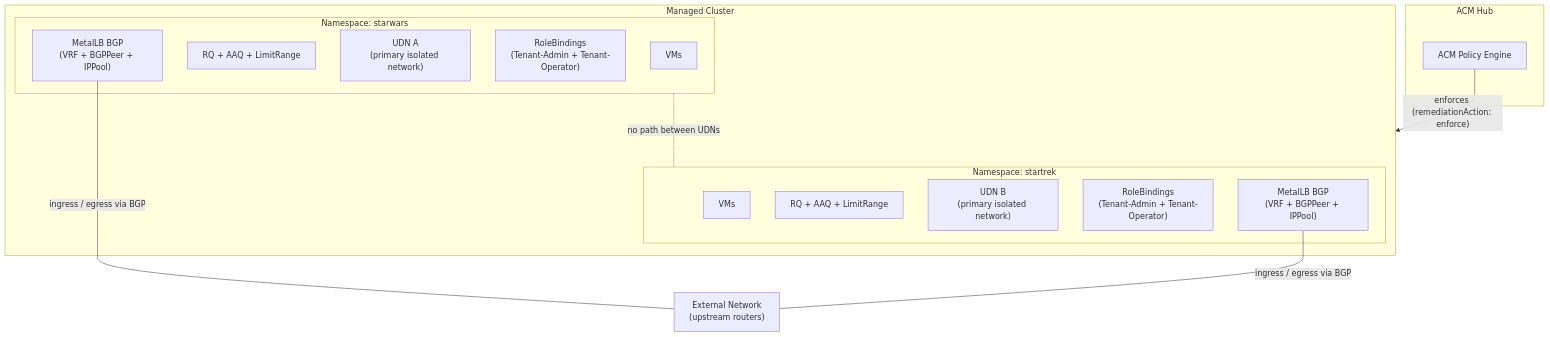
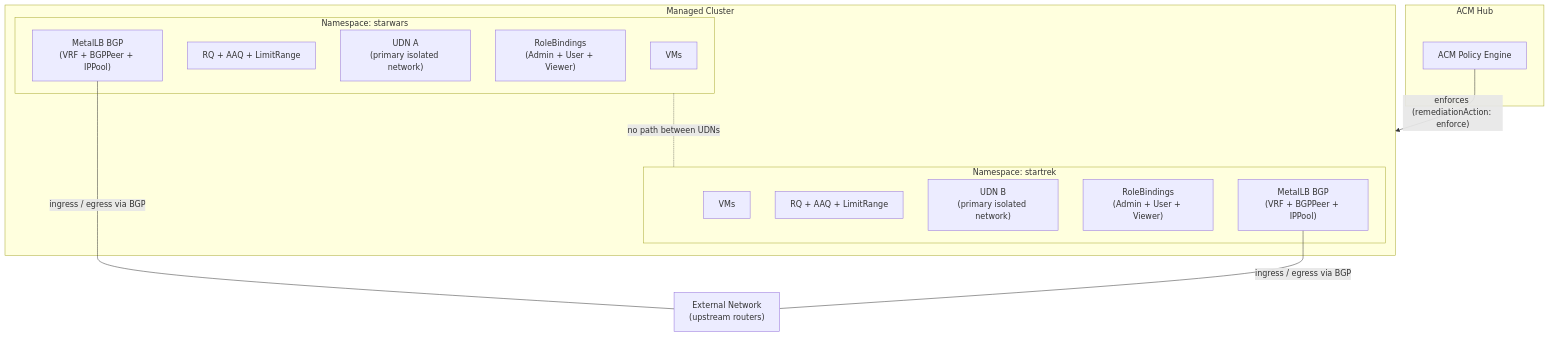
One commit to ngner/tenancy-by-acm-policy changed the first of 3 diagrams in docs/tenancy-model.md. Above: the diagram before and after it, drawn with Mermaid. The commit also changed other lines of this file and 10 other files, not shown here.

Commit message:
Update the RBAC Model to least priv on hub and add a viewer role and change the name of the tenant users group to be more consistent

````diff
--- a/docs/tenancy-model.md
+++ b/docs/tenancy-model.md
@@ -79,27 +83,27 @@
 ```mermaid
 flowchart TD
     subgraph hub [ACM Hub]
         policy[ACM Policy Engine]
     end
     subgraph managed [Managed Cluster]
         subgraph tenantA ["Namespace: starwars"]
             vmA[VMs]
             quotaA["RQ + AAQ + LimitRange"]
             udnA["UDN A\n(primary isolated network)"]
-            rbacA["RoleBindings\n(Tenant-Admin + Tenant-Operator)"]
+            rbacA["RoleBindings\n(Admin + User + Viewer)"]
             metallbA["MetalLB BGP\n(VRF + BGPPeer + IPPool)"]
         end
         subgraph tenantB ["Namespace: startrek"]
             vmB[VMs]
             quotaB["RQ + AAQ + LimitRange"]
             udnB["UDN B\n(primary isolated network)"]
-            rbacB["RoleBindings\n(Tenant-Admin + Tenant-Operator)"]
+            rbacB["RoleBindings\n(Admin + User + Viewer)"]
             metallbB["MetalLB BGP\n(VRF + BGPPeer + IPPool)"]
         end
         tenantA -."no path between UDNs".- tenantB
     end
     external["External Network\n(upstream routers)"]
     policy -->|"enforces (remediationAction: enforce)"| managed
     metallbA ---|"ingress / egress via BGP"| external
     metallbB ---|"ingress / egress via BGP"| external
 ```
````
